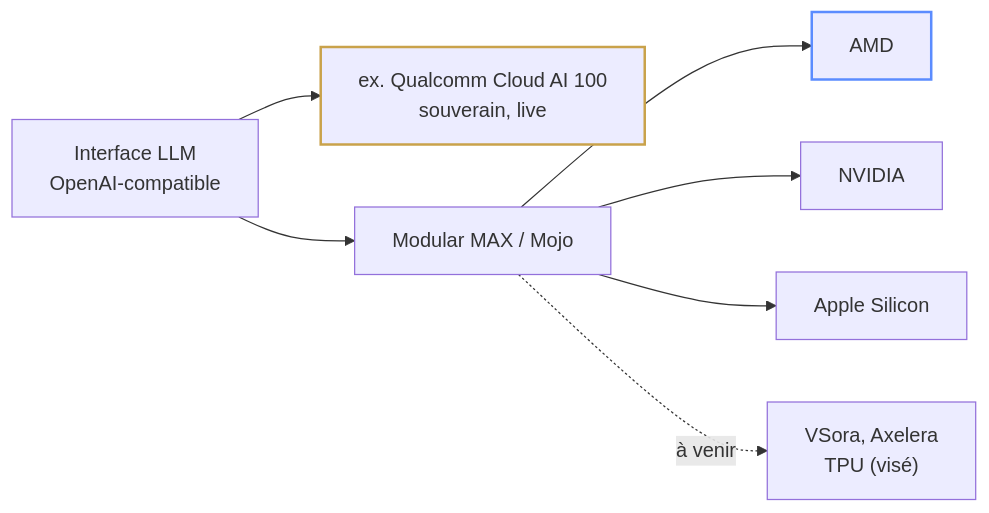
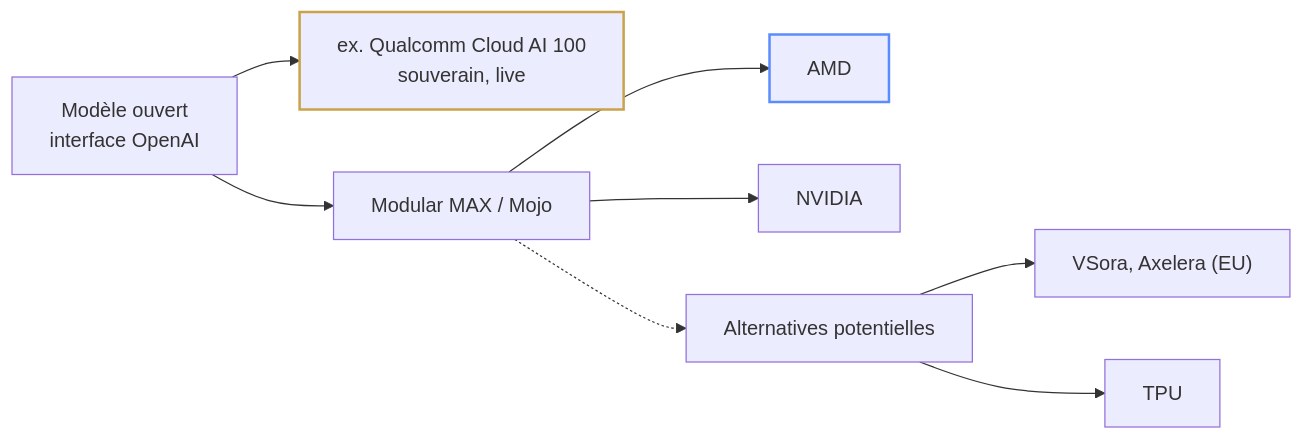
One commit to wilfred-dore/hackathon-assemblee-2026 changed the second of 2 diagrams in presentation/slides.md. Above: the diagram before and after it, drawn with Mermaid. The commit also changed other lines of this file, not shown here.

Commit message:
Slide 06 : modèle ouvert mis en avant, Apple Silicon retiré, « alternatives potentielles »
- souligne le « modèle ouvert » (Mistral, Llama)
- retire Apple Silicon des cibles de déploiement (dev-only, pas pour servir Mistral en prod)
- « à venir » -> « alternatives potentielles » : branches VSora, Axelera (EU) + TPU
- n'a pas touché le design de François (style.css intact)

````diff
--- a/presentation/slides.md
+++ b/presentation/slides.md
@@ -268,11 +269,12 @@
-```mermaid {scale: 0.62}
+```mermaid {scale: 0.6}
 flowchart LR
-    L["Interface LLM<br>OpenAI-compatible"] --> Q["ex. Qualcomm Cloud AI 100<br>souverain, live"]
+    L["Modèle ouvert<br>interface OpenAI"] --> Q["ex. Qualcomm Cloud AI 100<br>souverain, live"]
     L --> M["Modular MAX / Mojo"]
     M --> AMD["AMD"]
     M --> NV["NVIDIA"]
-    M --> APL["Apple Silicon"]
-    M -. à venir .-> FUT["VSora, Axelera<br>TPU (visé)"]
+    M -.-> ALT["Alternatives potentielles"]
+    ALT --> EU["VSora, Axelera (EU)"]
+    ALT --> TPU["TPU"]
     style Q stroke:#c9a24b,stroke-width:2px
     style AMD stroke:#5b8cff,stroke-width:2px
 ```
````
